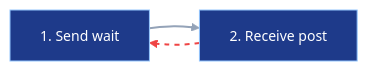
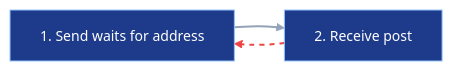
The third of 5 diagrams in docs/development/PipeNets.md (tenstorrent/tt-lang), drawn with Mermaid before and after one commit. The commit also changed other lines of this file and 2 other files, not shown here.

````diff
--- a/docs/development/PipeNets.md
+++ b/docs/development/PipeNets.md
@@ -167,14 +168,14 @@
 ```mermaid
 %%{init: {"theme": "base", "themeVariables": {"primaryColor": "#1e3a8a", "primaryTextColor": "#ffffff", "primaryBorderColor": "#93c5fd", "lineColor": "#94a3b8", "textColor": "#cbd5e1", "fontSize": "14px"}}}%%
 flowchart LR
-    send_wait["1. Send wait"]
+    send_wait["1. Send waits for address"]
     recv_post["2. Receive post"]
 
     send_wait --> recv_post
     recv_post -.-> send_wait
 
     classDef pipeNode fill:#1e3a8a,stroke:#93c5fd,color:#ffffff
     class send_wait,recv_post pipeNode
     linkStyle 0 stroke:#94a3b8,stroke-width:2px
     linkStyle 1 stroke:#ef4444,stroke-width:2px,stroke-dasharray:5 5
 ```
````
